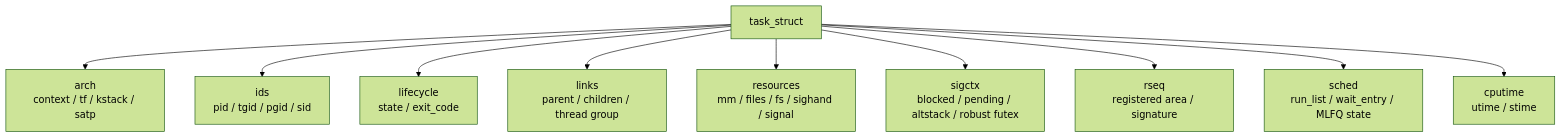
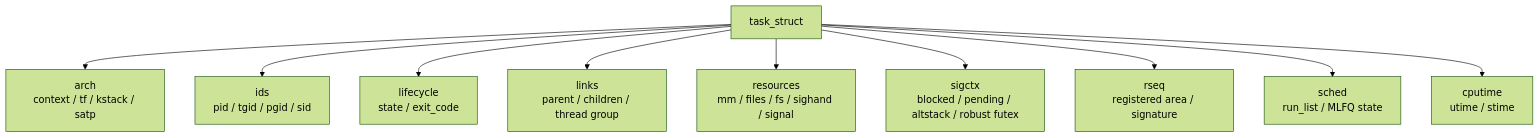
Before and after one commit to pillow-zx/CuteOS: the first of 4 diagrams in docs/architecture/task.md, drawn with Mermaid (forest theme). The commit also changed other lines of this file and 47 other files, not shown here.

````diff
--- a/docs/architecture/task.md
+++ b/docs/architecture/task.md
@@ -9,23 +9,23 @@
 ```mermaid
 flowchart TB
     Task["task_struct"]
     Arch["arch<br/>context / tf / kstack / satp"]
     IDs["ids<br/>pid / tgid / pgid / sid"]
     Life["lifecycle<br/>state / exit_code"]
     Links["links<br/>parent / children / thread group"]
     Res["resources<br/>mm / files / fs / sighand / signal"]
     Sig["sigctx<br/>blocked / pending / altstack / robust futex"]
     Rseq["rseq<br/>registered area / signature"]
-    Sched["sched<br/>run_list / wait_entry / MLFQ state"]
+    Sched["sched<br/>run_list / MLFQ state"]
     Time["cputime<br/>utime / stime"]
 
     Task --> Arch
     Task --> IDs
     Task --> Life
     Task --> Links
     Task --> Res
     Task --> Sig
     Task --> Rseq
     Task --> Sched
     Task --> Time
 ```
````
